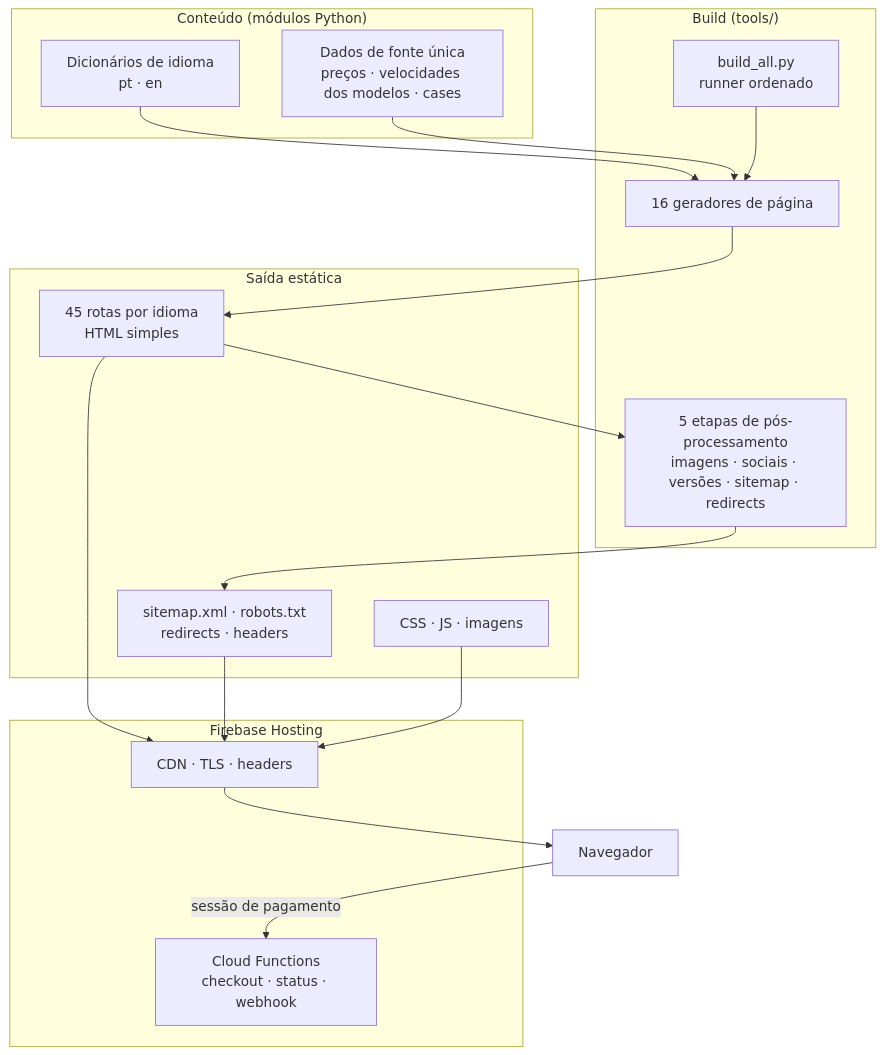
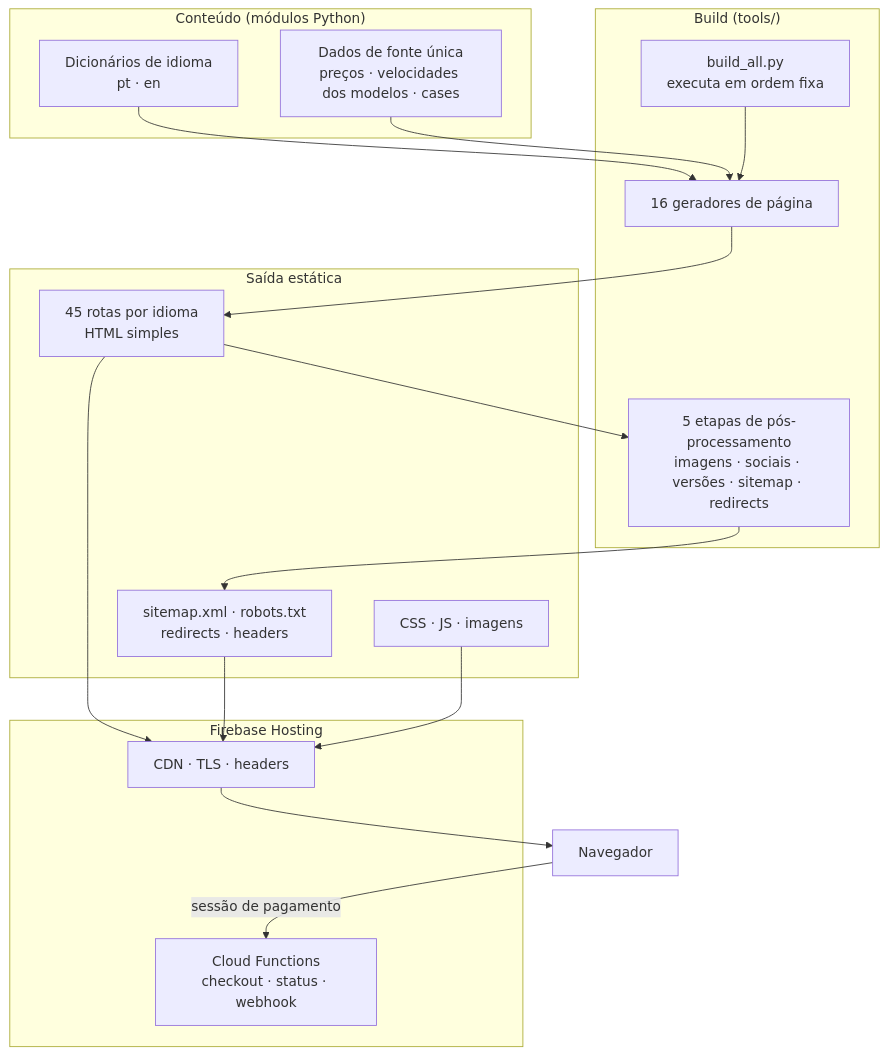
One commit to yahbeaumont/orbital-website changed the diagram in README.pt-BR.md. Above: the diagram before and after it, drawn with Mermaid. The commit also changed other lines of this file and 4 other files, not shown here.

````diff
--- a/README.pt-BR.md
+++ b/README.pt-BR.md
@@ -45,33 +45,33 @@
 ```mermaid
 flowchart TB
     subgraph Content["Conteúdo (módulos Python)"]
         DICT["Dicionários de idioma<br/>pt · en"]
         DATA["Dados de fonte única<br/>preços · velocidades dos modelos · cases"]
     end
     subgraph Build["Build (tools/)"]
-        ORCH["build_all.py<br/>runner ordenado"]
+        ORCH["build_all.py<br/>executa em ordem fixa"]
         GEN["16 geradores de página"]
         POST["5 etapas de pós-processamento<br/>imagens · sociais · versões · sitemap · redirects"]
     end
     subgraph Out["Saída estática"]
         HTML["45 rotas por idioma<br/>HTML simples"]
         META["sitemap.xml · robots.txt<br/>redirects · headers"]
         ASSETS["CSS · JS · imagens"]
     end
     subgraph Host["Firebase Hosting"]
         EDGE["CDN · TLS · headers"]
         FN["Cloud Functions<br/>checkout · status · webhook"]
     end
     BROWSER["Navegador"]
     DICT --> GEN
     DATA --> GEN
     ORCH --> GEN
     GEN --> HTML
     HTML --> POST
     POST --> META
     HTML --> EDGE
     META --> EDGE
     ASSETS --> EDGE
     EDGE --> BROWSER
     BROWSER -->|"sessão de pagamento"| FN
 ```
````
